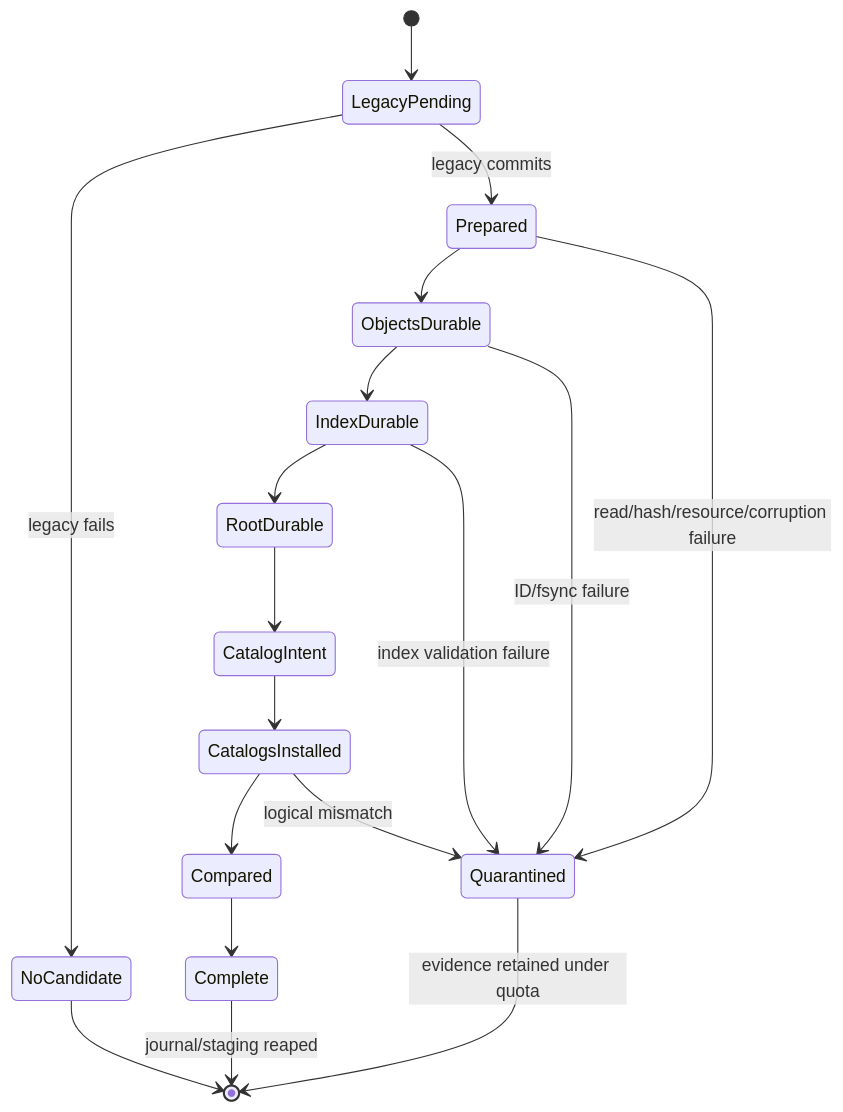
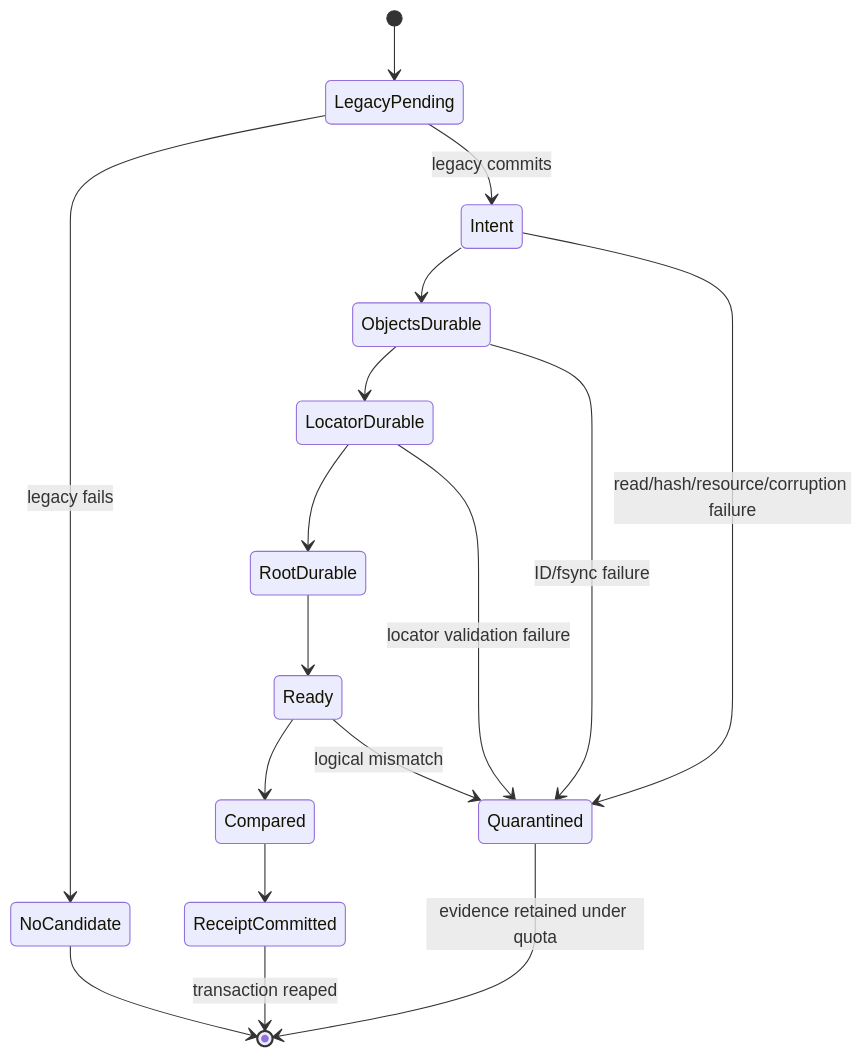
The fourth of 4 diagrams in implementation-plan/2.0 migration/phase 1/implementation/stage_04_shadow_cas_ingest/spec.md (Ephemeral-AI-Lab/ephemeral-sandbox-docs), drawn with Mermaid before and after one commit. The commit also changed other lines of this file and 35 other files, not shown here.

````diff
--- a/implementation-plan/2.0 migration/phase 1/implementation/stage_04_shadow_cas_ingest/spec.md
+++ b/implementation-plan/2.0 migration/phase 1/implementation/stage_04_shadow_cas_ingest/spec.md
@@ -532,20 +627,19 @@
 ```mermaid
 stateDiagram-v2
   [*] --> LegacyPending
   LegacyPending --> NoCandidate: legacy fails
-  LegacyPending --> Prepared: legacy commits
-  Prepared --> ObjectsDurable
-  ObjectsDurable --> IndexDurable
-  IndexDurable --> RootDurable
-  RootDurable --> CatalogIntent
-  CatalogIntent --> CatalogsInstalled
-  CatalogsInstalled --> Compared
-  Compared --> Complete
-  Prepared --> Quarantined: read/hash/resource/corruption failure
+  LegacyPending --> Intent: legacy commits
+  Intent --> ObjectsDurable
+  ObjectsDurable --> LocatorDurable
+  LocatorDurable --> RootDurable
+  RootDurable --> Ready
+  Ready --> Compared
+  Compared --> ReceiptCommitted
+  Intent --> Quarantined: read/hash/resource/corruption failure
   ObjectsDurable --> Quarantined: ID/fsync failure
-  IndexDurable --> Quarantined: index validation failure
-  CatalogsInstalled --> Quarantined: logical mismatch
-  Complete --> [*]: journal/staging reaped
+  LocatorDurable --> Quarantined: locator validation failure
+  Ready --> Quarantined: logical mismatch
+  ReceiptCommitted --> [*]: transaction reaped
   Quarantined --> [*]: evidence retained under quota
   NoCandidate --> [*]
 ```
````
